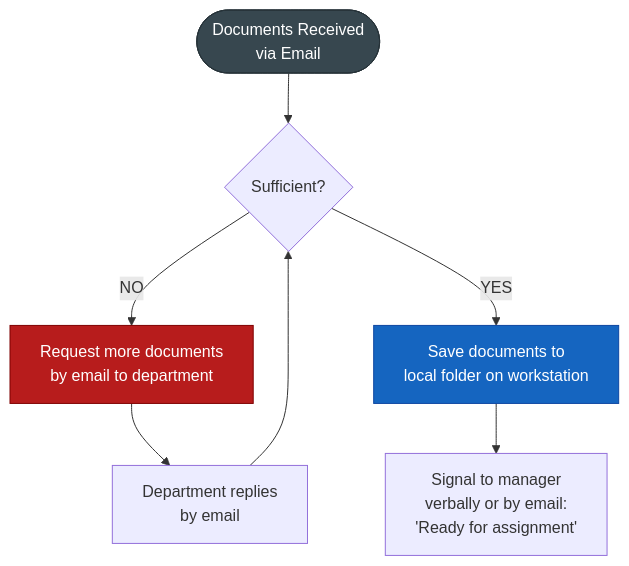
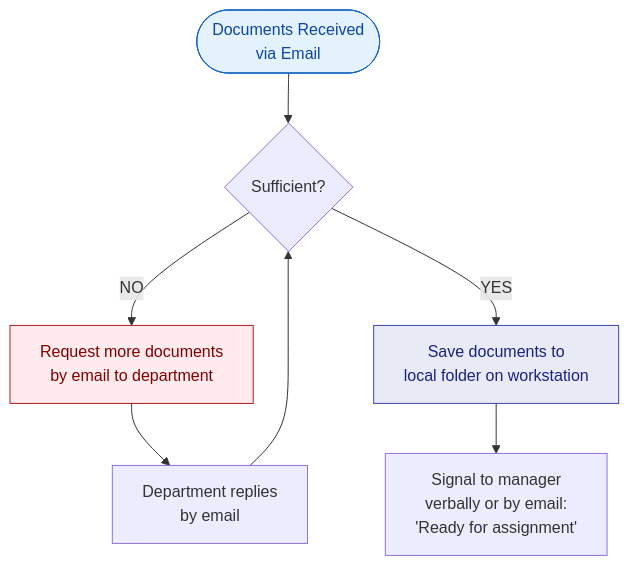
The second of 4 diagrams in docs/V2_BUS_AsIs_Process.md (mazharr-hussain/KycReport), drawn with Mermaid before and after one commit. The commit also changed other lines of this file and 7 other files, not shown here.

First line of the commit message:
Switch all diagrams to light pastel palette with dark text

````diff
--- a/docs/V2_BUS_AsIs_Process.md
+++ b/docs/V2_BUS_AsIs_Process.md
@@ -82,13 +82,13 @@
 ```mermaid
 flowchart TD
     RECV([Documents Received\nvia Email]) --> CHECK{Sufficient?}
     CHECK -->|NO| REQ[Request more documents\nby email to department]
     REQ --> REPLY[Department replies\nby email]
     REPLY --> CHECK
     CHECK -->|YES| SAVE[Save documents to\nlocal folder on workstation]
     SAVE --> SIGNAL[Signal to manager\nverbally or by email:\n'Ready for assignment']
 
-    style RECV fill:#37474F,color:#fff,stroke:#263238
-    style SAVE fill:#1565C0,color:#fff,stroke:#0D47A1
-    style REQ fill:#B71C1C,color:#fff,stroke:#7F0000
+    style RECV fill:#E3F2FD,color:#0D47A1,stroke:#1565C0
+    style SAVE fill:#E8EAF6,color:#1A237E,stroke:#3949AB
+    style REQ fill:#FFEBEE,color:#7F0000,stroke:#B71C1C
 ```
````
